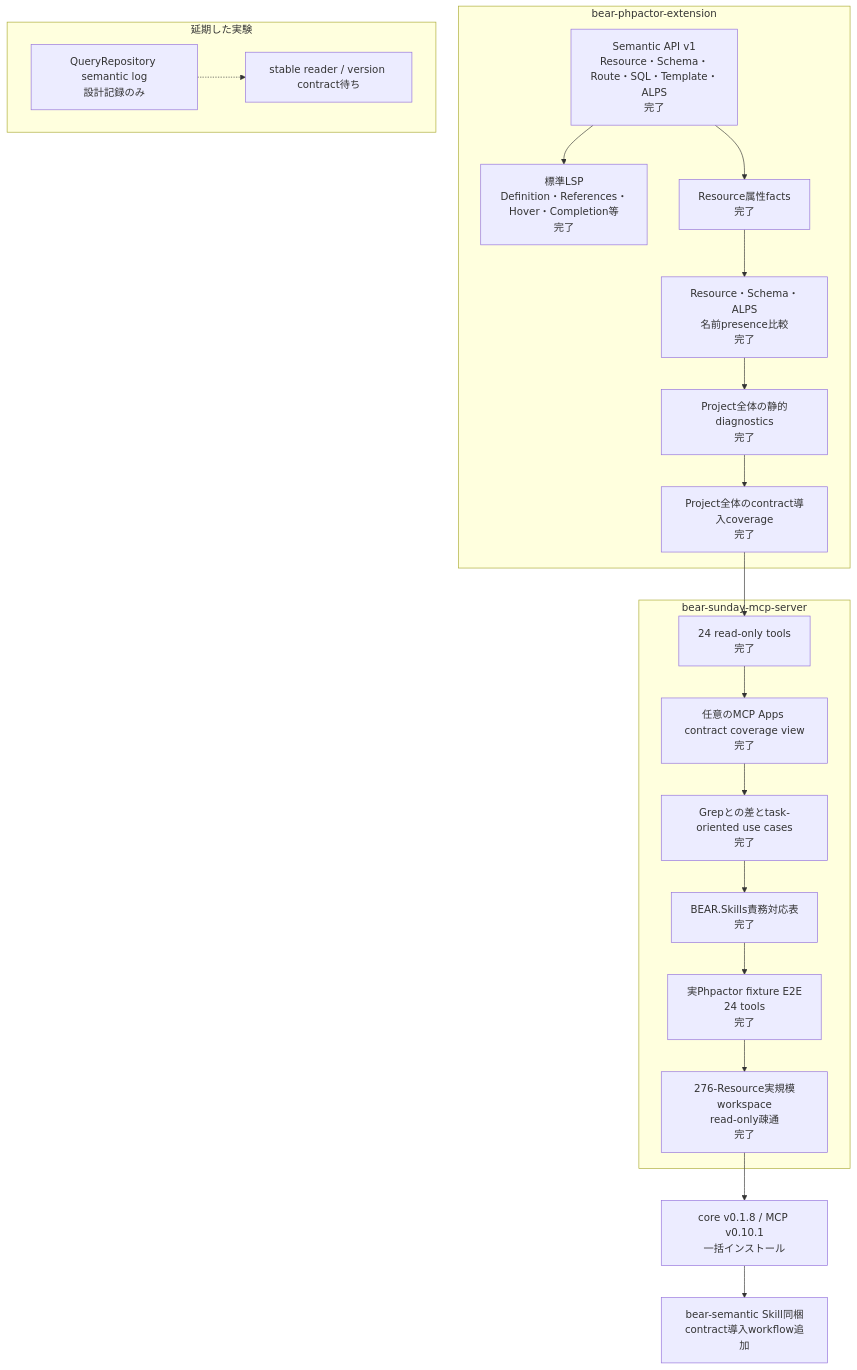
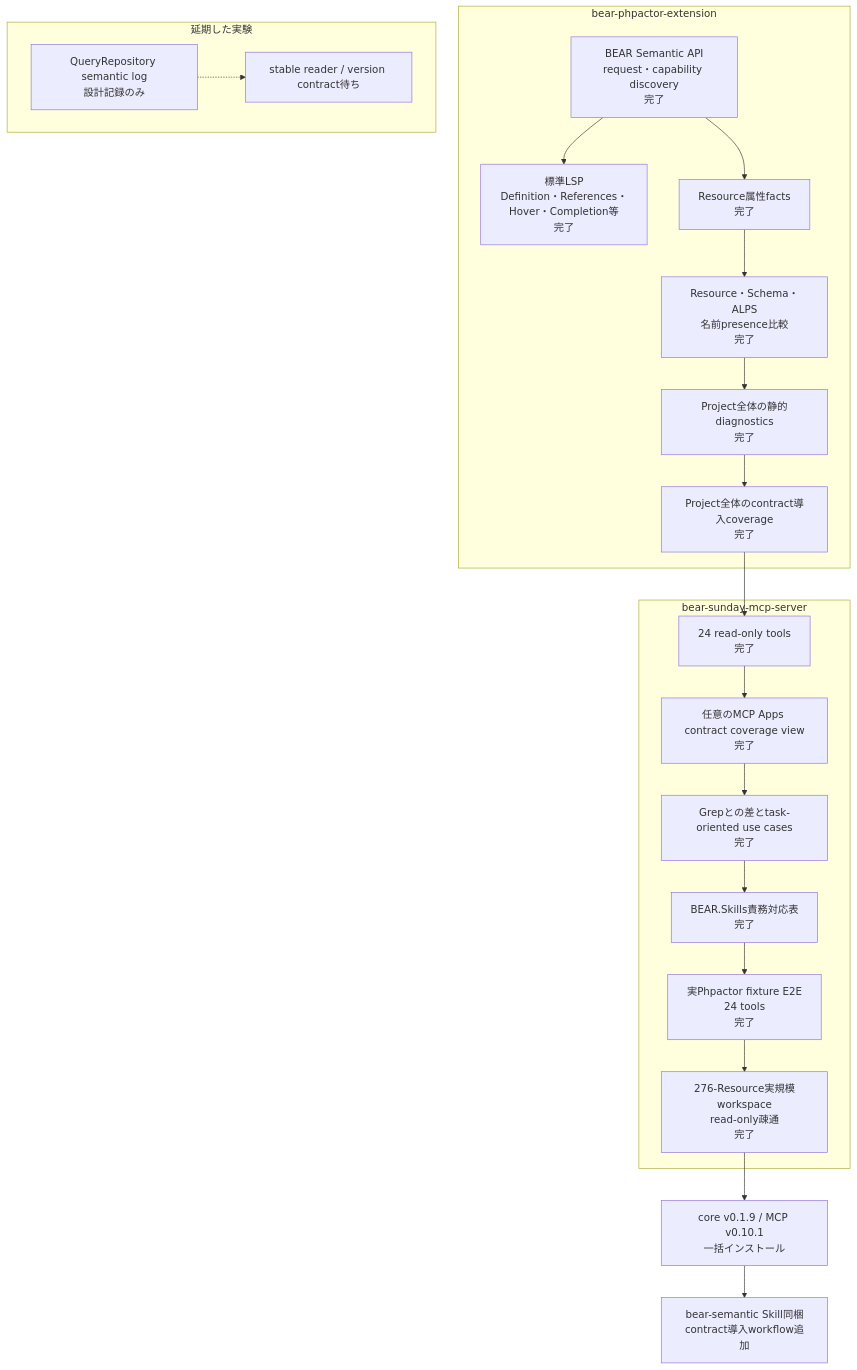
One commit to suzumaze/bear-sunday-mcp-server changed the diagram in docs/project-status.ja.md. Above: the diagram before and after it, drawn with Mermaid. The commit also changed other lines of this file and 17 other files, not shown here.

Commit message:
Adopt semantic request discovery

````diff
--- a/docs/project-status.ja.md
+++ b/docs/project-status.ja.md
@@ -8,34 +8,34 @@
 ```mermaid
 flowchart TB
     subgraph Core["bear-phpactor-extension"]
-        C1["Semantic API v1<br/>Resource・Schema・Route・SQL・Template・ALPS<br/>完了"]
+        C1["BEAR Semantic API<br/>request・capability discovery<br/>完了"]
         C2["標準LSP<br/>Definition・References・Hover・Completion等<br/>完了"]
         C3["Resource属性facts<br/>完了"]
         C4["Resource・Schema・ALPS<br/>名前presence比較<br/>完了"]
         C5["Project全体の静的diagnostics<br/>完了"]
         C6["Project全体のcontract導入coverage<br/>完了"]
         C1 --> C2
         C1 --> C3 --> C4 --> C5 --> C6
     end
 
     subgraph MCP["bear-sunday-mcp-server"]
         M1["24 read-only tools<br/>完了"]
         M0["任意のMCP Apps contract coverage view<br/>完了"]
         M2["Grepとの差とtask-oriented use cases<br/>完了"]
         M3["BEAR.Skills責務対応表<br/>完了"]
         M4["実Phpactor fixture E2E<br/>24 tools<br/>完了"]
         M5["276-Resource実規模workspace<br/>read-only疎通<br/>完了"]
         M1 --> M0 --> M2 --> M3 --> M4 --> M5
     end
 
     C6 --> M1
 
     subgraph Deferred["延期した実験"]
         D1["QueryRepository semantic log<br/>設計記録のみ"]
         D2["stable reader / version contract待ち"]
         D1 -.-> D2
     end
 
-    M5 --> R1["core v0.1.8 / MCP v0.10.1<br/>一括インストール"]
+    M5 --> R1["core v0.1.9 / MCP v0.10.1<br/>一括インストール"]
     R1 --> S1["bear-semantic Skill同梱<br/>contract導入workflow追加"]
 ```
````
